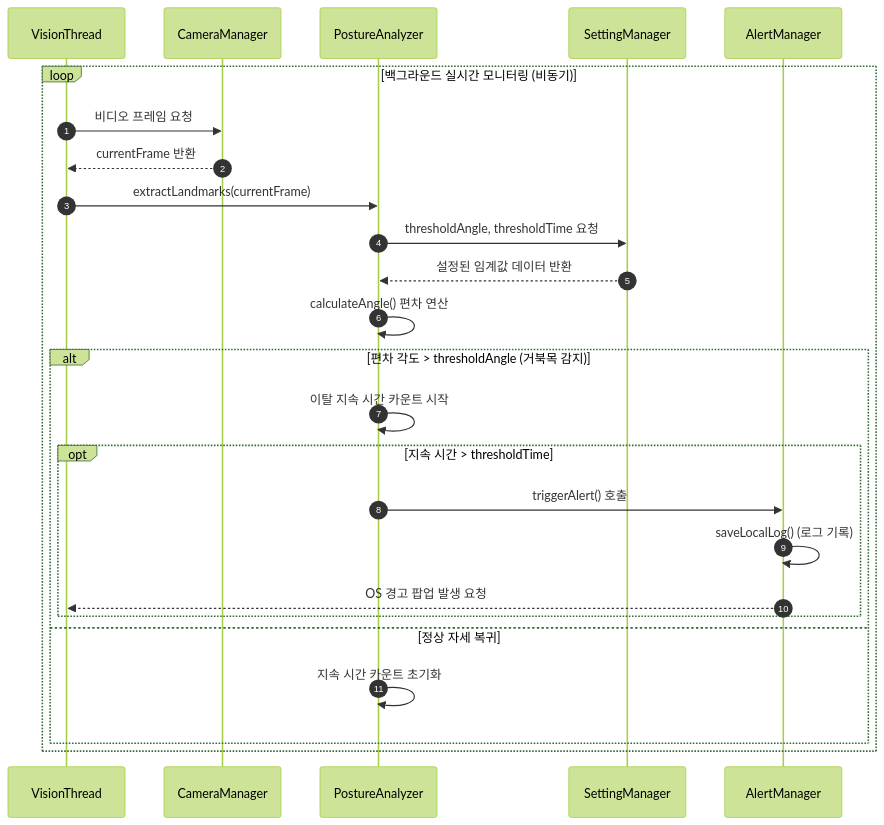
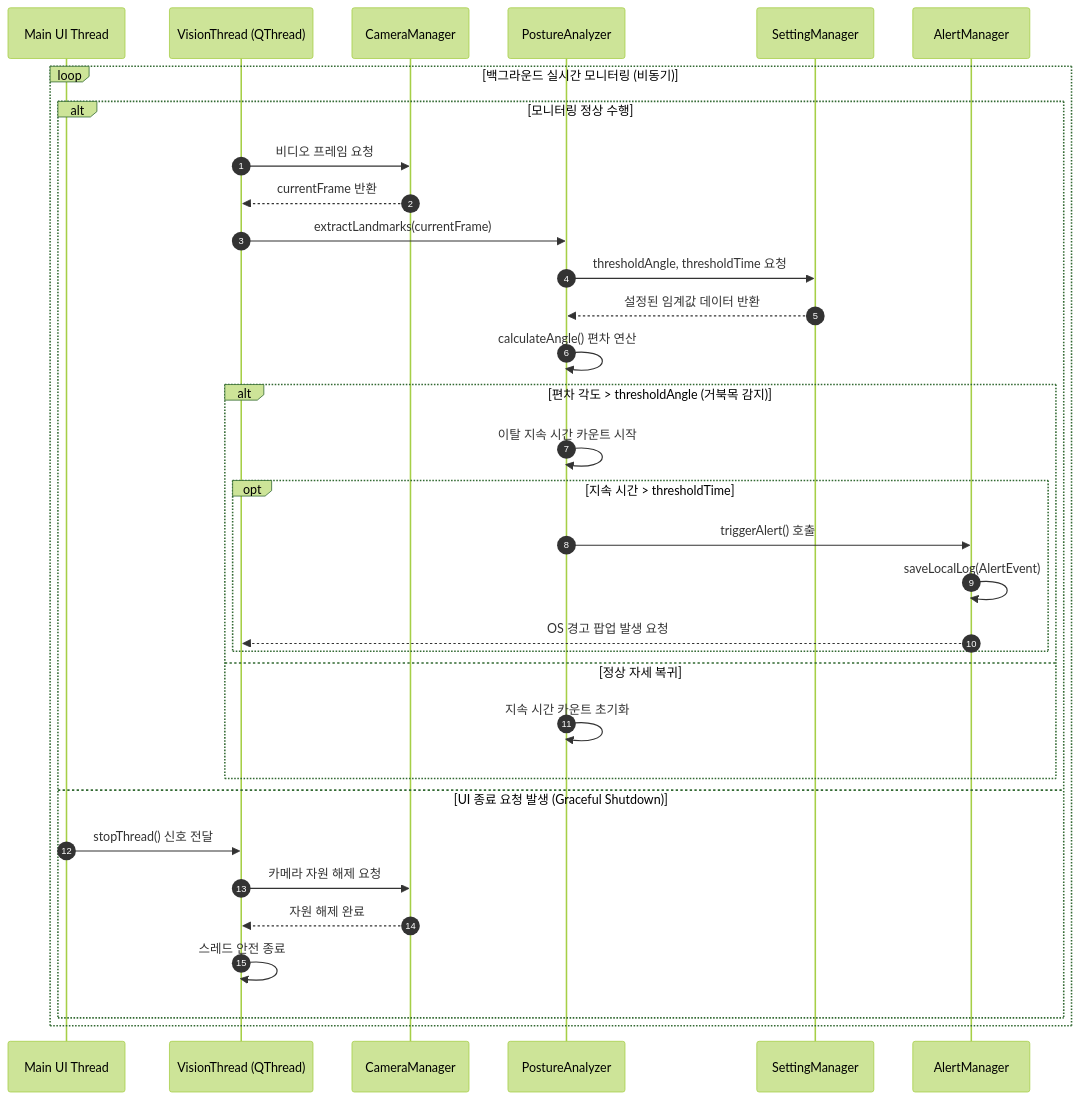
Before and after one commit to wjsehd/Posture-Guardian-Project: the fourth of 6 diagrams in Design_[22313532_전동규].md, drawn with Mermaid (forest theme). The commit also changed other lines of this file, not shown here.

Commit message:
v 3.0.2 / 설계 단계 클래스다이어그램 내용 보완

````diff
--- a/Design_[22313532_전동규].md
+++ b/Design_[22313532_전동규].md
@@ -209,29 +216,37 @@
 ```mermaid
 sequenceDiagram
     autonumber
-    participant VT as VisionThread
+    participant UI as Main UI Thread
+    participant VT as VisionThread (QThread)
     participant CM as CameraManager
     participant PA as PostureAnalyzer
     participant SM as SettingManager
     participant AM as AlertManager
 
     loop 백그라운드 실시간 모니터링 (비동기)
-        VT->>CM: 비디오 프레임 요청
-        CM-->>VT: currentFrame 반환
-        VT->>PA: extractLandmarks(currentFrame)
-        PA->>SM: thresholdAngle, thresholdTime 요청
-        SM-->>PA: 설정된 임계값 데이터 반환
-        PA->>PA: calculateAngle() 편차 연산
+        alt 모니터링 정상 수행
+            VT->>CM: 비디오 프레임 요청
+            CM-->>VT: currentFrame 반환
+            VT->>PA: extractLandmarks(currentFrame)
+            PA->>SM: thresholdAngle, thresholdTime 요청
+            SM-->>PA: 설정된 임계값 데이터 반환
+            PA->>PA: calculateAngle() 편차 연산
 
-        alt 편차 각도 > thresholdAngle (거북목 감지)
-            PA->>PA: 이탈 지속 시간 카운트 시작
-            opt 지속 시간 > thresholdTime
-                PA->>AM: triggerAlert() 호출
-                AM->>AM: saveLocalLog() (로그 기록)
-                AM-->>VT: OS 경고 팝업 발생 요청
+            alt 편차 각도 > thresholdAngle (거북목 감지)
+                PA->>PA: 이탈 지속 시간 카운트 시작
+                opt 지속 시간 > thresholdTime
+                    PA->>AM: triggerAlert() 호출
+                    AM->>AM: saveLocalLog(AlertEvent)
+                    AM-->>VT: OS 경고 팝업 발생 요청
+                end
+            else 정상 자세 복귀
+                PA->>PA: 지속 시간 카운트 초기화
             end
-        else 정상 자세 복귀
-            PA->>PA: 지속 시간 카운트 초기화
+        else UI 종료 요청 발생 (Graceful Shutdown)
+            UI->>VT: stopThread() 신호 전달
+            VT->>CM: 카메라 자원 해제 요청
+            CM-->>VT: 자원 해제 완료
+            VT->>VT: 스레드 안전 종료
         end
     end
 ```
````
